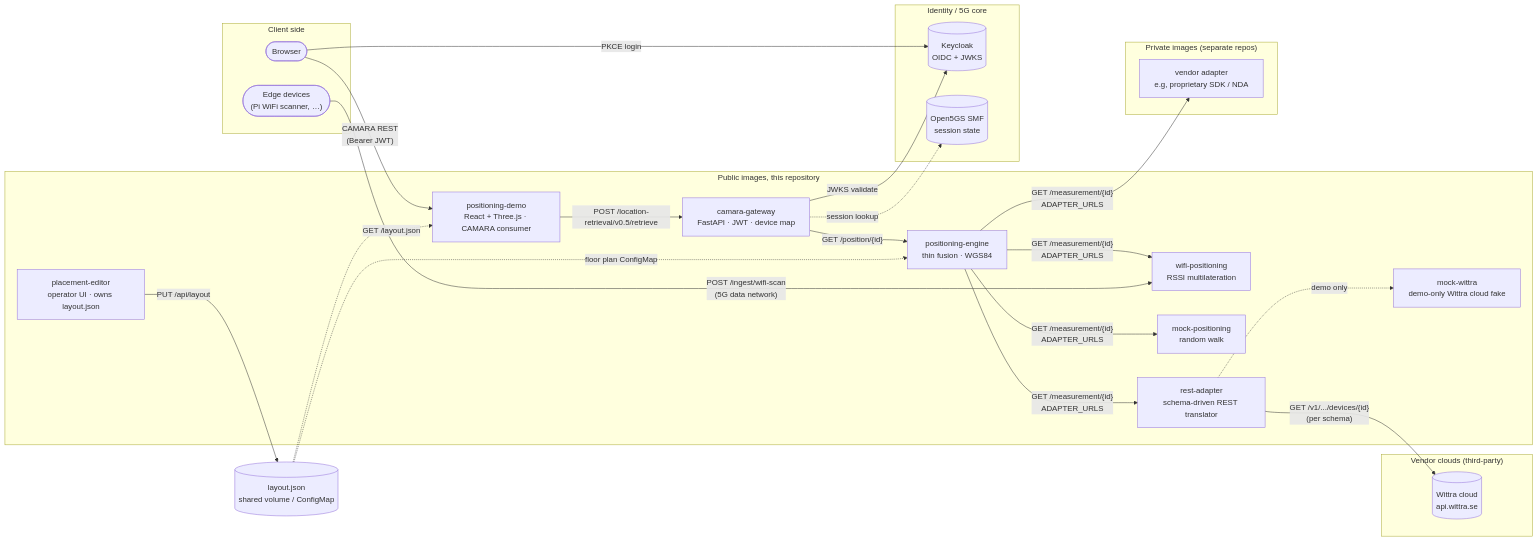
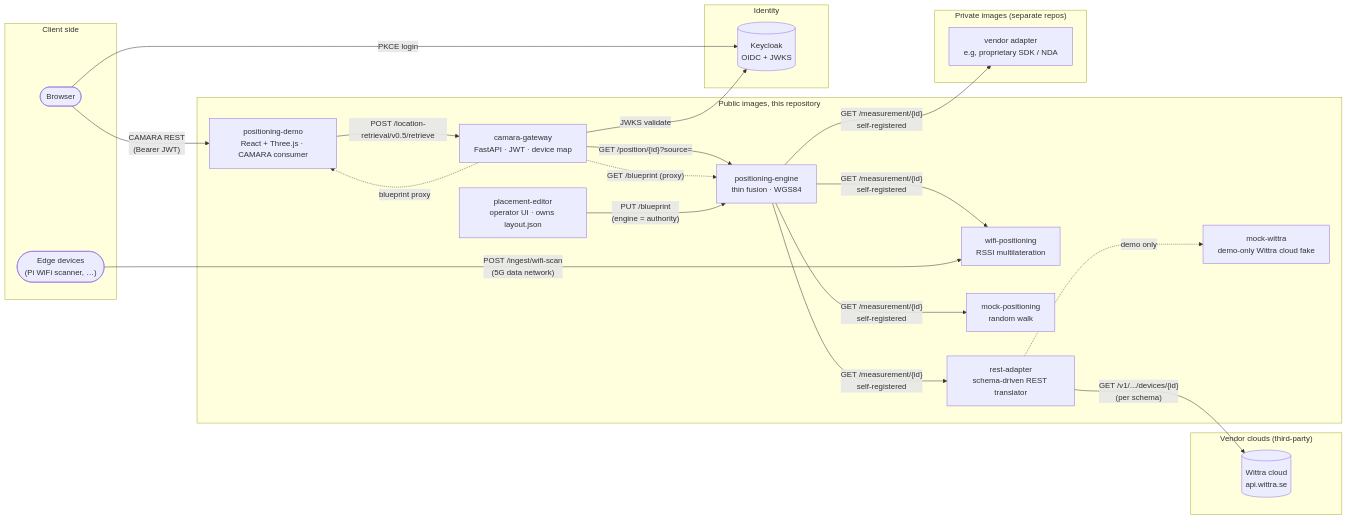
Before and after one commit to Jacobbista/5g-northbound: the first of 4 diagrams in docs/architecture.md, drawn with Mermaid. The commit also changed other lines of this file and 3 other files, not shown here.

````diff
--- a/docs/architecture.md
+++ b/docs/architecture.md
@@ -7,50 +7,47 @@
 ```mermaid
 flowchart LR
   subgraph client["Client side"]
     BR(["Browser"])
     EDGE(["Edge devices<br/>(Pi WiFi scanner, …)"])
   end
 
   subgraph public["Public images, this repository"]
     DEMO["positioning-demo<br/>React + Three.js · CAMARA consumer"]
     EDIT["placement-editor<br/>operator UI · owns layout.json"]
     GW["camara-gateway<br/>FastAPI · JWT · device map"]
     ENG["positioning-engine<br/>thin fusion · WGS84"]
     WIFI["wifi-positioning<br/>RSSI multilateration"]
     MOCK["mock-positioning<br/>random walk"]
     REST["rest-adapter<br/>schema-driven REST translator"]
     MWIT["mock-wittra<br/>demo-only Wittra cloud fake"]
   end
 
   subgraph private["Private images (separate repos)"]
     VENDOR["vendor adapter<br/>e.g, proprietary SDK / NDA"]
   end
 
   subgraph vendor_cloud["Vendor clouds (third-party)"]
     WITTRA[("Wittra cloud<br/>api.wittra.se")]
   end
 
-  subgraph identity["Identity / 5G core"]
+  subgraph identity["Identity"]
     KC[("Keycloak<br/>OIDC + JWKS")]
-    SMF[("Open5GS SMF<br/>session state")]
   end
 
   BR -- "PKCE login" --> KC
   BR -- "CAMARA REST<br/>(Bearer JWT)" --> DEMO
   DEMO -- "POST /location-retrieval/v0.5/retrieve" --> GW
   GW -- "JWKS validate" --> KC
-  GW -- "GET /position/{id}" --> ENG
-  GW -. "session lookup" .-> SMF
-  ENG -- "GET /measurement/{id}<br/>ADAPTER_URLS" --> WIFI
-  ENG -- "GET /measurement/{id}<br/>ADAPTER_URLS" --> MOCK
-  ENG -- "GET /measurement/{id}<br/>ADAPTER_URLS" --> REST
-  ENG -- "GET /measurement/{id}<br/>ADAPTER_URLS" --> VENDOR
+  GW -- "GET /position/{id}?source=" --> ENG
+  GW -. "GET /blueprint (proxy)" .-> ENG
+  ENG -- "GET /measurement/{id}<br/>self-registered" --> WIFI
+  ENG -- "GET /measurement/{id}<br/>self-registered" --> MOCK
+  ENG -- "GET /measurement/{id}<br/>self-registered" --> REST
+  ENG -- "GET /measurement/{id}<br/>self-registered" --> VENDOR
   REST -- "GET /v1/.../devices/{id}<br/>(per schema)" --> WITTRA
   REST -. "demo only" .-> MWIT
   EDGE -- "POST /ingest/wifi-scan<br/>(5G data network)" --> WIFI
 
-  LAYOUT[("layout.json<br/>shared volume / ConfigMap")]
-  EDIT -- "PUT /api/layout" --> LAYOUT
-  LAYOUT -. "GET /layout.json" .-> DEMO
-  LAYOUT -. "floor plan ConfigMap" .-> ENG
+  EDIT -- "PUT /blueprint<br/>(engine = authority)" --> ENG
+  GW -. "blueprint proxy" .-> DEMO
 ```
````
